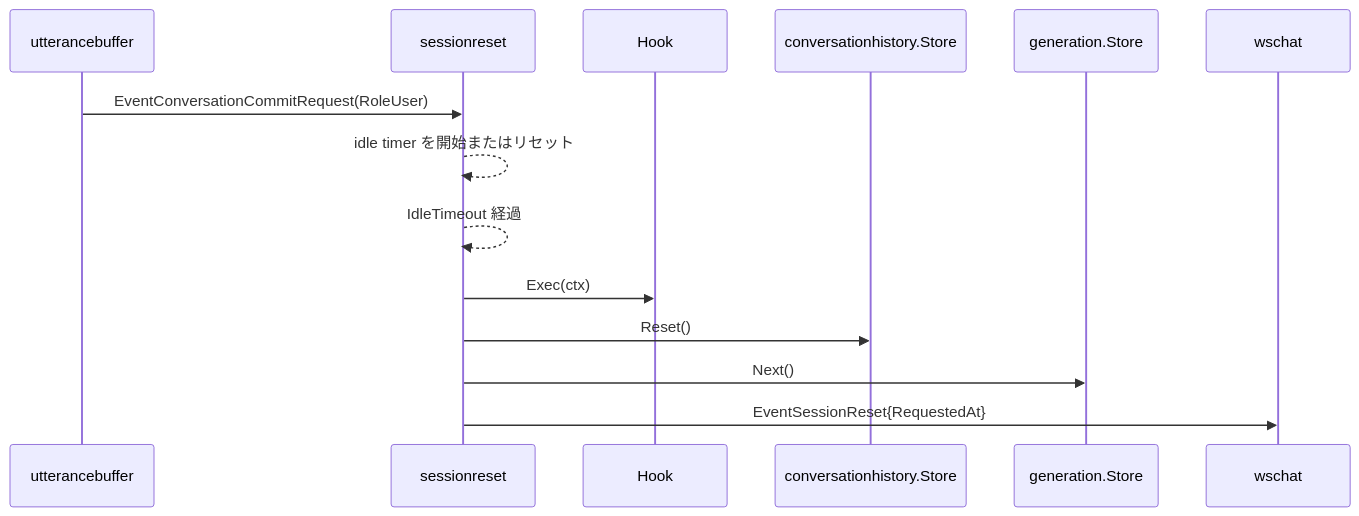
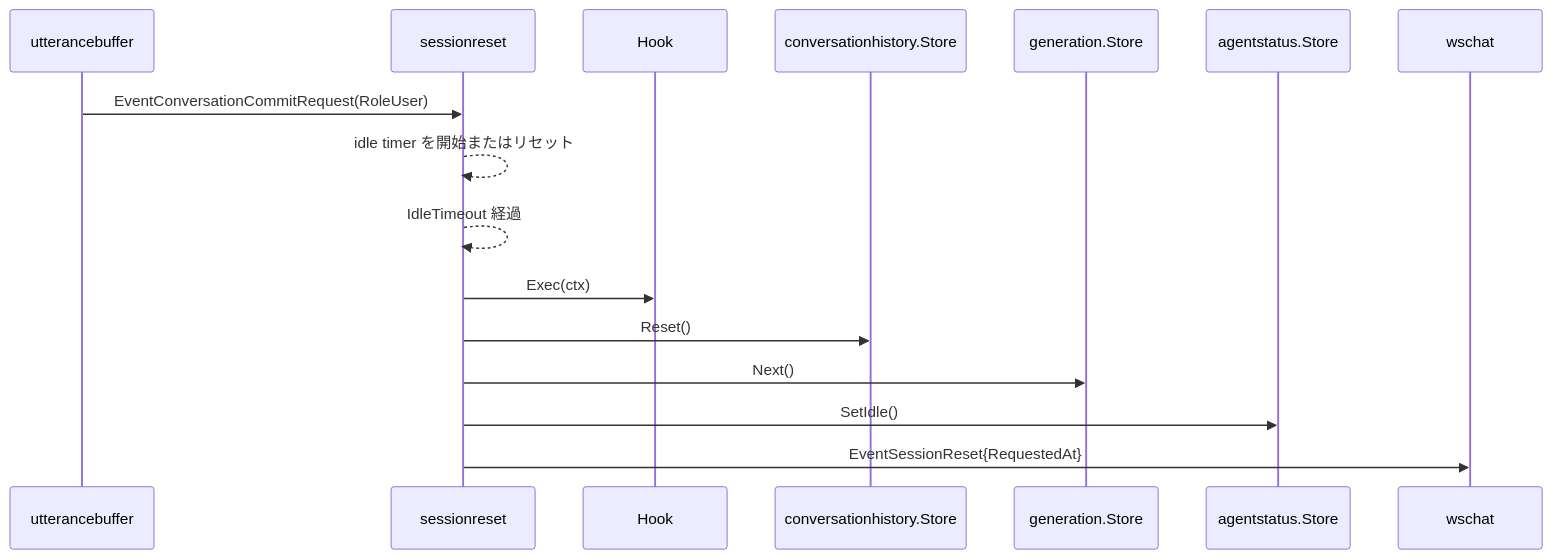
Before and after one commit to tetetratra/smart-speaker: the first of 2 diagrams in docs/components/sessionreset.md, drawn with Mermaid. The commit also changed other lines of this file and 8 other files, not shown here.

````diff
--- a/docs/components/sessionreset.md
+++ b/docs/components/sessionreset.md
@@ -47,17 +49,19 @@
 ```mermaid
 sequenceDiagram
     participant UB as utterancebuffer
     participant SR as sessionreset
     participant Hook as Hook
     participant Hist as conversationhistory.Store
     participant Gen as generation.Store
+    participant Status as agentstatus.Store
     participant WS as wschat
 
     UB->>SR: EventConversationCommitRequest(RoleUser)
     SR-->>SR: idle timer を開始またはリセット
     SR-->>SR: IdleTimeout 経過
     SR->>Hook: Exec(ctx)
     SR->>Hist: Reset()
     SR->>Gen: Next()
+    SR->>Status: SetIdle()
     SR->>WS: EventSessionReset{RequestedAt}
 ```
````
